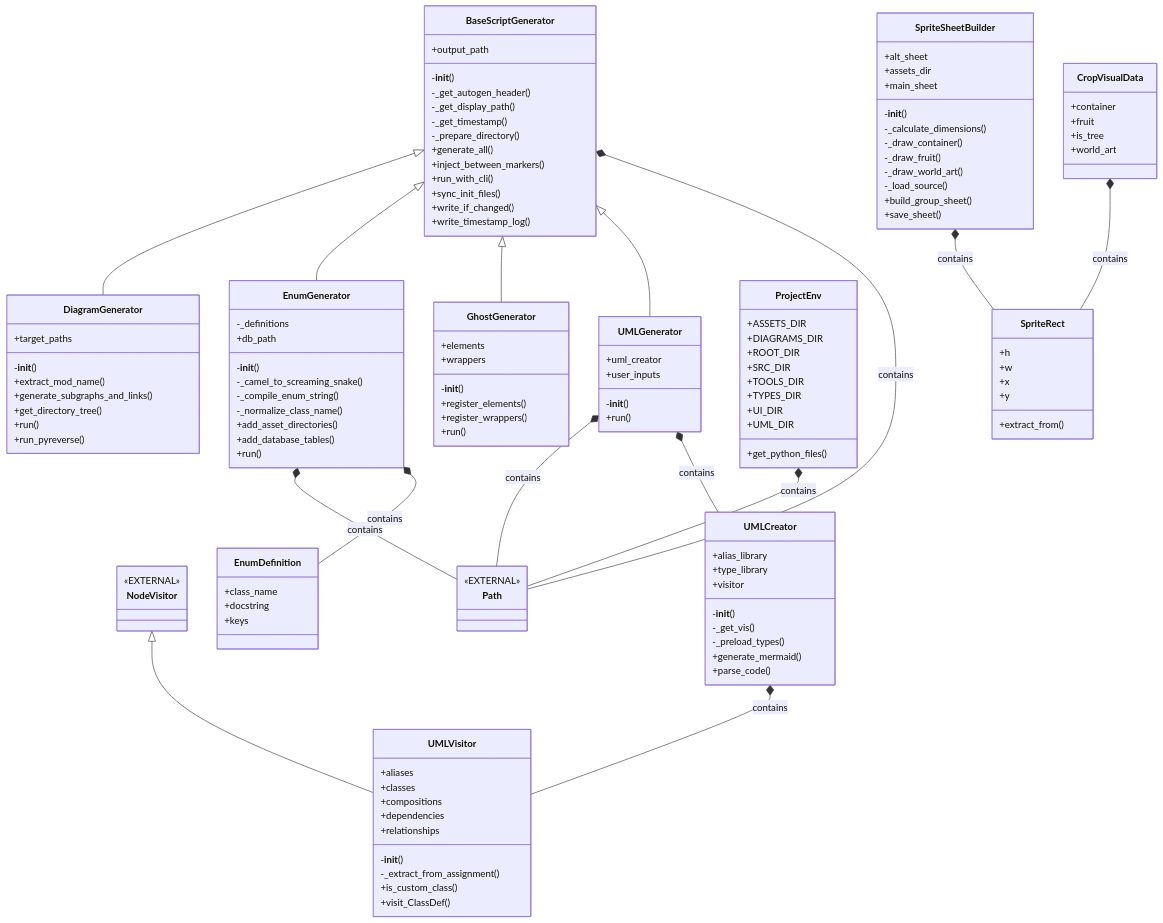
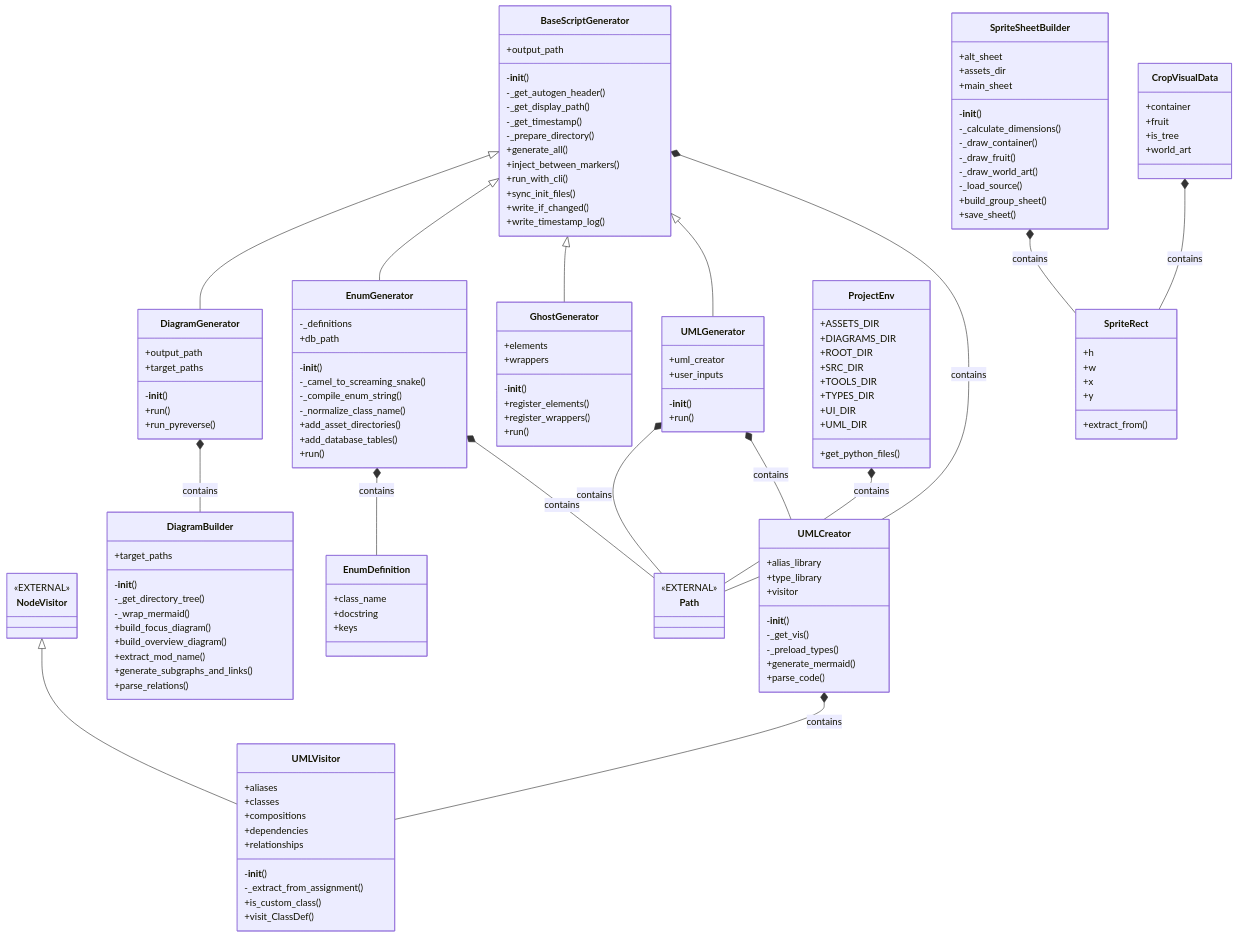
One commit to FlamboyantKiwi/Python-Plant-Sim changed the diagram in diagrams/uml/tools_uml.md. Above: the diagram before and after it, drawn with Mermaid. The commit also changed 15 other files, not shown here.

```diff
--- a/diagrams/uml/tools_uml.md
+++ b/diagrams/uml/tools_uml.md
@@ -5,15 +5,16 @@
     BaseScriptGenerator <|-- GhostGenerator
     NodeVisitor <|-- UMLVisitor
     BaseScriptGenerator <|-- UMLGenerator
+    DiagramGenerator *-- DiagramBuilder : contains
+    ProjectEnv *-- Path : contains
+    UMLGenerator *-- Path : contains
+    UMLGenerator *-- UMLCreator : contains
     UMLCreator *-- UMLVisitor : contains
-    ProjectEnv *-- Path : contains
+    EnumGenerator *-- EnumDefinition : contains
+    EnumGenerator *-- Path : contains
     SpriteSheetBuilder *-- SpriteRect : contains
-    EnumGenerator *-- Path : contains
+    CropVisualData *-- SpriteRect : contains
     BaseScriptGenerator *-- Path : contains
-    UMLGenerator *-- Path : contains
-    CropVisualData *-- SpriteRect : contains
-    UMLGenerator *-- UMLCreator : contains
-    EnumGenerator *-- EnumDefinition : contains
     class NodeVisitor {
         <<EXTERNAL>>
     }
@@ -33,6 +34,17 @@
         +sync_init_files()
         +write_if_changed()
         +write_timestamp_log()
+    }
+    class DiagramBuilder {
+        +target_paths
+        -__init__()
+        -_get_directory_tree()
+        -_wrap_mermaid()
+        +build_focus_diagram()
+        +build_overview_diagram()
+        +extract_mod_name()
+        +generate_subgraphs_and_links()
+        +parse_relations()
     }
     class SpriteRect {
         +h
@@ -61,11 +73,9 @@
         +save_sheet()
     }
     class DiagramGenerator {
+        +output_path
         +target_paths
         -__init__()
-        +extract_mod_name()
-        +generate_subgraphs_and_links()
-        +get_directory_tree()
         +run()
         +run_pyreverse()
     }
```
